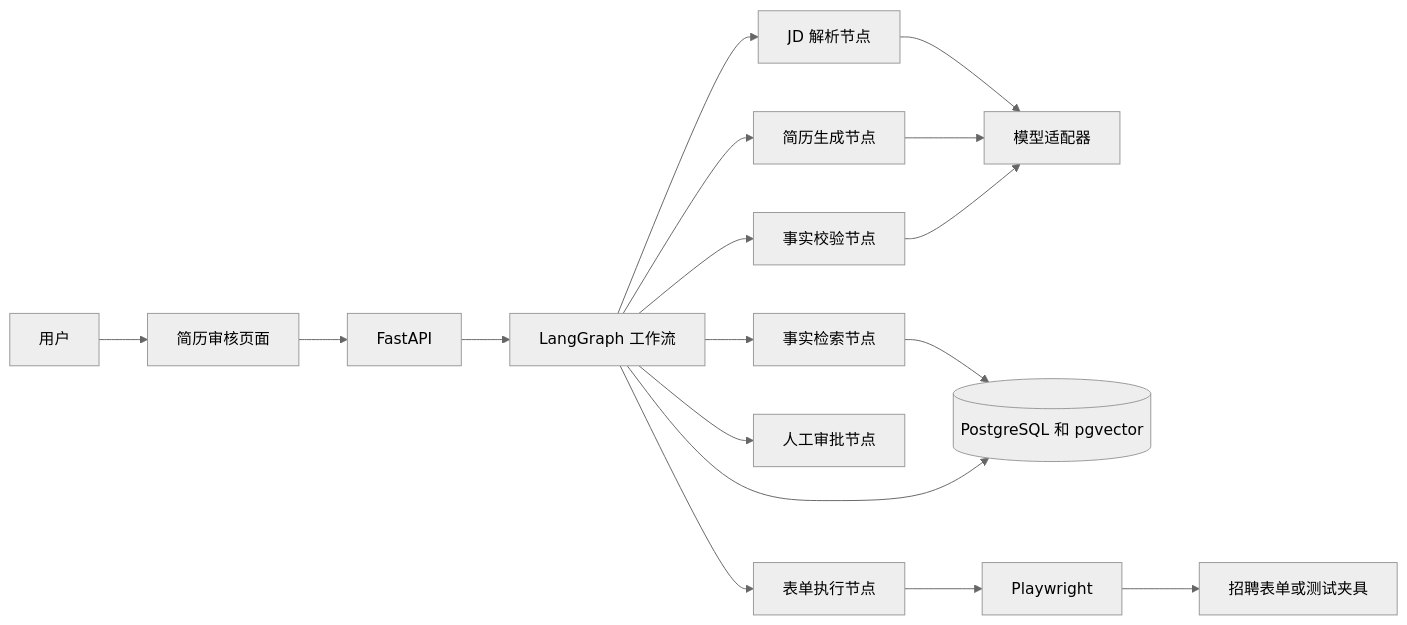
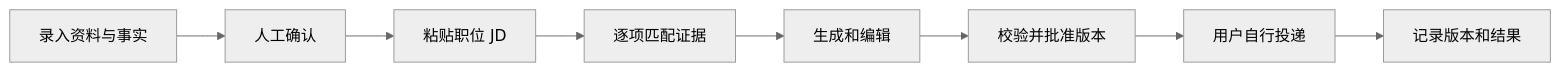
The diagram in docs/design.md (myit521/ApplyPilot), drawn with Mermaid (neutral theme) before and after one commit. The commit also changed other lines of this file and 15 other files, not shown here.

Commit message:
feat: establish runtime baseline and evidence-based MVP roadmap

````diff
--- a/docs/design.md
+++ b/docs/design.md
@@ -84,22 +11,10 @@
 ```mermaid
 flowchart LR
-    U[用户] --> UI[简历审核页面]
-    UI --> API[FastAPI]
-    API --> WF[LangGraph 工作流]
-
-    WF --> JP[JD 解析节点]
-    WF --> RT[事实检索节点]
-    WF --> RG[简历生成节点]
-    WF --> FC[事实校验节点]
-    WF --> HA[人工审批节点]
-    WF --> FA[表单执行节点]
-
-    JP --> LLM[模型适配器]
-    RG --> LLM
-    FC --> LLM
-
-    RT --> DB[(PostgreSQL 和 pgvector)]
-    WF --> DB
-    FA --> PW[Playwright]
-    PW --> SITE[招聘表单或测试夹具]
+  A[录入资料与事实] --> B[人工确认]
+  B --> C[粘贴职位 JD]
+  C --> D[逐项匹配证据]
+  D --> E[生成和编辑]
+  E --> F[校验并批准版本]
+  F --> G[用户自行投递]
+  G --> H[记录版本和结果]
 ```
````
